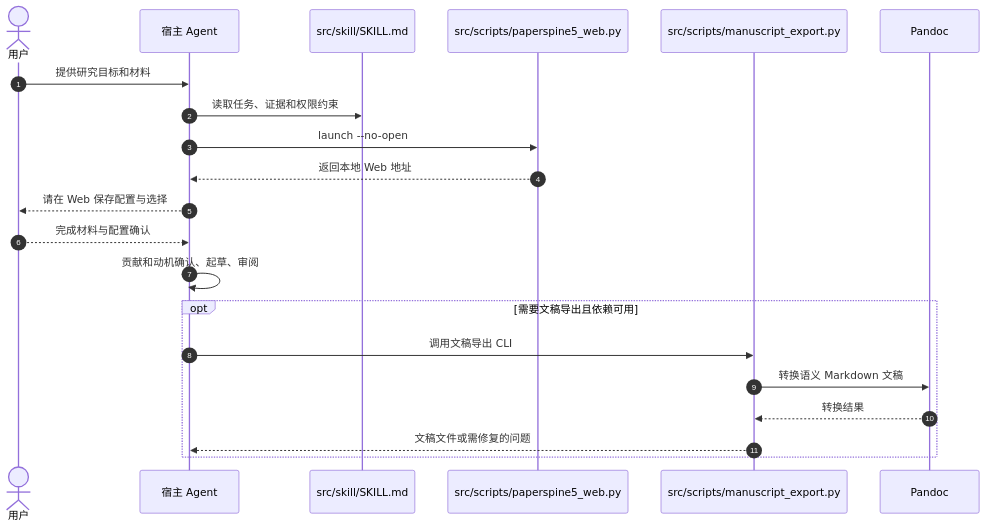
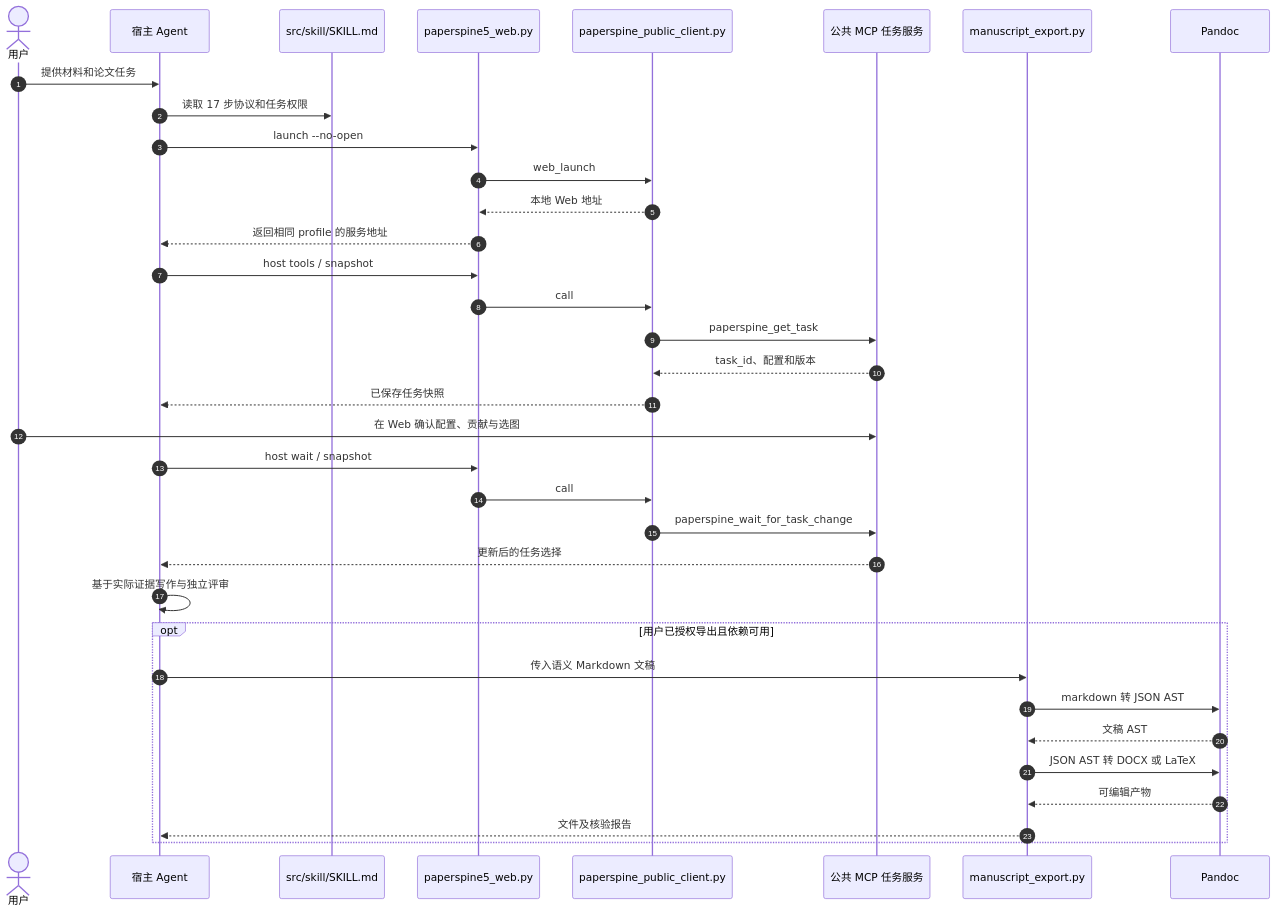
The second of 2 diagrams in wiki/entities/paperspine.md (ImChong/Robotics_Notebooks), drawn with Mermaid before and after one commit. The commit also changed other lines of this file, not shown here.

Commit message:
[2026-11-11] ingest | wiki/entities/paperspine.md — 精读官方原文补足源码核查与健康度

````diff
--- a/wiki/entities/paperspine.md
+++ b/wiki/entities/paperspine.md
@@ -67,23 +67,37 @@
 ```mermaid
 sequenceDiagram
   autonumber
   actor User as 用户
   participant Agent as 宿主 Agent
   participant Skill as src/skill/SKILL.md
-  participant Web as src/scripts/paperspine5_web.py
-  participant Export as src/scripts/manuscript_export.py
+  participant Web as paperspine5_web.py
+  participant Client as paperspine_public_client.py
+  participant RPC as 公共 MCP 任务服务
+  participant Export as manuscript_export.py
   participant Pandoc as Pandoc
-  User->>Agent: 提供研究目标和材料
-  Agent->>Skill: 读取任务、证据和权限约束
+  User->>Agent: 提供材料和论文任务
+  Agent->>Skill: 读取 17 步协议和任务权限
   Agent->>Web: launch --no-open
-  Web-->>Agent: 返回本地 Web 地址
-  Agent-->>User: 请在 Web 保存配置与选择
-  User-->>Agent: 完成材料与配置确认
-  Agent->>Agent: 贡献和动机确认、起草、审阅
-  opt 需要文稿导出且依赖可用
-    Agent->>Export: 调用文稿导出 CLI
-    Export->>Pandoc: 转换语义 Markdown 文稿
-    Pandoc-->>Export: 转换结果
-    Export-->>Agent: 文稿文件或需修复的问题
+  Web->>Client: web_launch
+  Client-->>Web: 本地 Web 地址
+  Web-->>Agent: 返回相同 profile 的服务地址
+  Agent->>Web: host tools / snapshot
+  Web->>Client: call
+  Client->>RPC: paperspine_get_task
+  RPC-->>Client: task_id、配置和版本
+  Client-->>Agent: 已保存任务快照
+  User->>RPC: 在 Web 确认配置、贡献与选图
+  Agent->>Web: host wait / snapshot
+  Web->>Client: call
+  Client->>RPC: paperspine_wait_for_task_change
+  RPC-->>Agent: 更新后的任务选择
+  Agent->>Agent: 基于实际证据写作与独立评审
+  opt 用户已授权导出且依赖可用
+    Agent->>Export: 传入语义 Markdown 文稿
+    Export->>Pandoc: markdown 转 JSON AST
+    Pandoc-->>Export: 文稿 AST
+    Export->>Pandoc: JSON AST 转 DOCX 或 LaTeX
+    Pandoc-->>Export: 可编辑产物
+    Export-->>Agent: 文件及核验报告
   end
 ```
````
